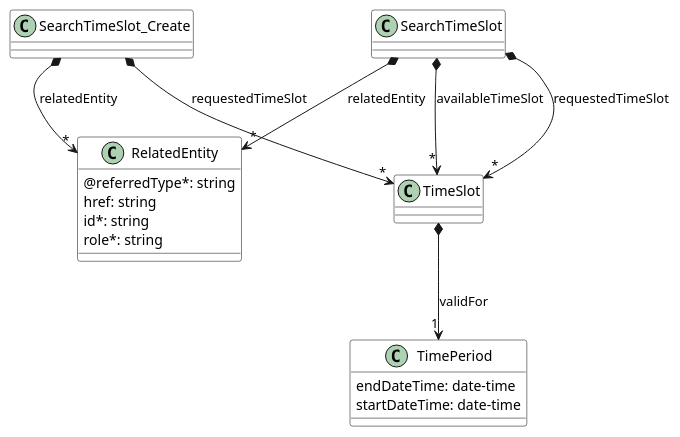
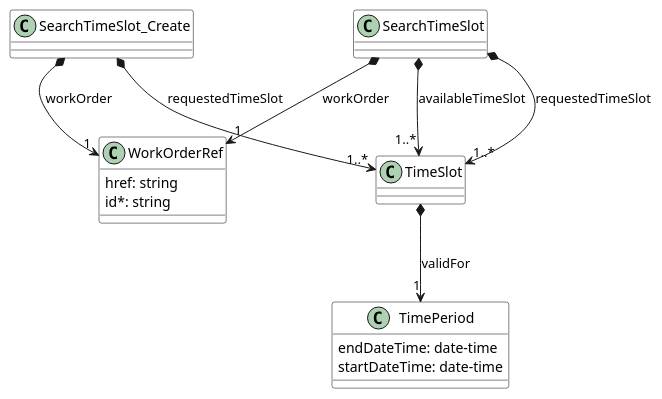
One commit to MEF-GIT/MEF-LSO-Sonata-SDK changed the diagram in documentation/productApi/workforce/media/src/useCase7Model.puml. Above: the diagram before and after it, drawn with PlantUML. The commit also changed 382 other files, not shown here.

```diff
--- a/documentation/productApi/workforce/media/src/useCase7Model.puml
+++ b/documentation/productApi/workforce/media/src/useCase7Model.puml
@@ -1,48 +1,44 @@
 @startuml
 skinparam {
     ClassBackgroundColor White
     ClassBorderColor Black
 }
 
-
-class RelatedEntity {
-
-    @referredType*: string
-    href: string
-    id*: string
-    role*: string
-}
-
-
 class SearchTimeSlot {
 
 }
 
-SearchTimeSlot *-->"*" TimeSlot : availableTimeSlot
-SearchTimeSlot *-->"*" TimeSlot : requestedTimeSlot
-SearchTimeSlot *-->"*" RelatedEntity : relatedEntity
+SearchTimeSlot *-->"1..*" TimeSlot : availableTimeSlot
+SearchTimeSlot *-->"1..*" TimeSlot : requestedTimeSlot
+SearchTimeSlot *-->"1" WorkOrderRef : workOrder
 
 
 class SearchTimeSlot_Create {
 
 }
 
-SearchTimeSlot_Create *-->"*" TimeSlot : requestedTimeSlot
-SearchTimeSlot_Create *-->"*" RelatedEntity : relatedEntity
+SearchTimeSlot_Create *-->"1..*" TimeSlot : requestedTimeSlot
+SearchTimeSlot_Create *-->"1" WorkOrderRef : workOrder
 
 
 class TimePeriod {
 
     endDateTime: date-time
     startDateTime: date-time
 }
 
 
 class TimeSlot {
 
 }
 
 TimeSlot *-->"1" TimePeriod : validFor
 
+class WorkOrderRef {
+
+    href: string
+    id*: string
+}
+
 
 @enduml
```
